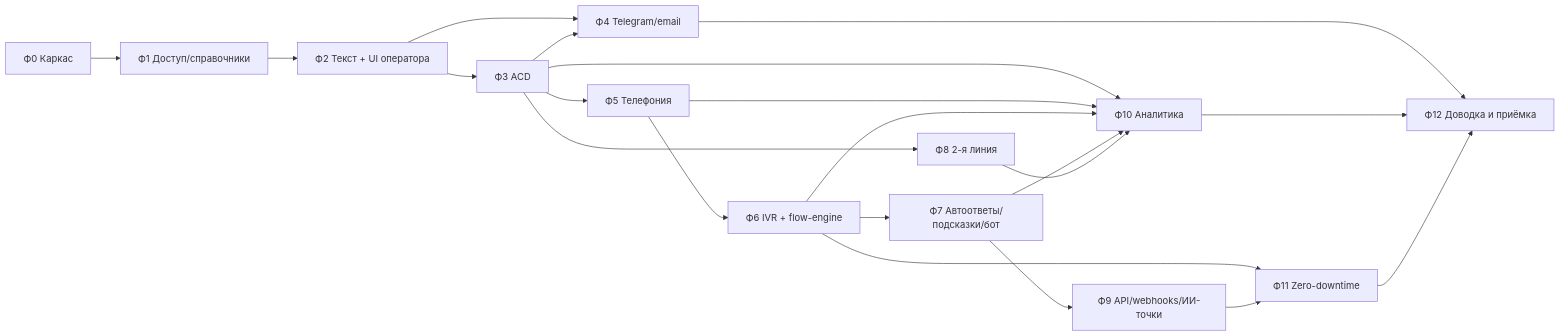
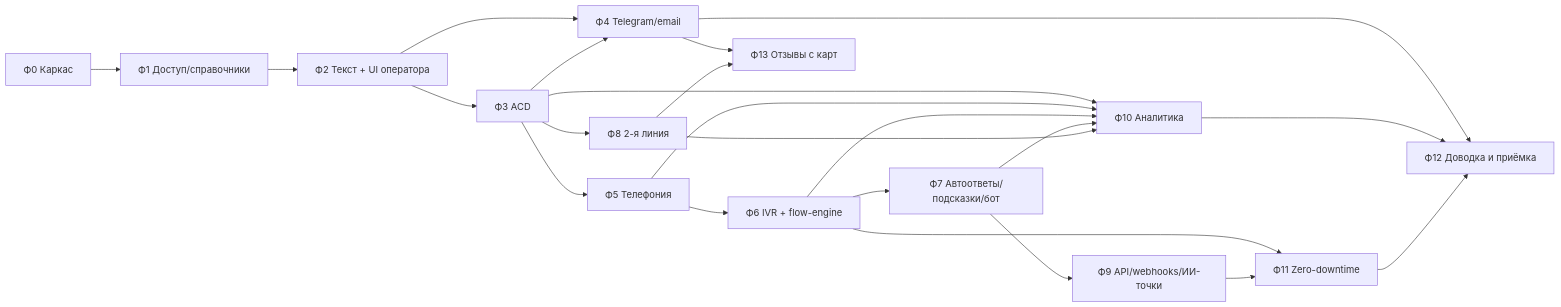
One commit to afedortsovbn-commits/CkaudeGitHub changed the diagram in Контакт-центр/planning/03-план-разработки.md. Above: the diagram before and after it, drawn with Mermaid. The commit also changed other lines of this file and 4 other files, not shown here.

````diff
--- a/Контакт-центр/planning/03-план-разработки.md
+++ b/Контакт-центр/planning/03-план-разработки.md
@@ -40,13 +41,14 @@
 ```mermaid
 flowchart LR
   F0[Ф0 Каркас] --> F1[Ф1 Доступ/справочники] --> F2[Ф2 Текст + UI оператора] --> F3[Ф3 ACD]
   F2 --> F4[Ф4 Telegram/email]
   F3 --> F4
   F3 --> F5[Ф5 Телефония] --> F6[Ф6 IVR + flow-engine]
   F6 --> F7[Ф7 Автоответы/подсказки/бот] --> F9[Ф9 API/webhooks/ИИ-точки]
   F3 --> F8[Ф8 2-я линия]
   F3 & F5 & F6 & F7 & F8 --> F10[Ф10 Аналитика]
   F6 --> F11[Ф11 Zero-downtime]
   F9 --> F11
   F4 & F10 & F11 --> F12[Ф12 Доводка и приёмка]
+  F4 & F8 --> F13[Ф13 Отзывы с карт]
 ```
````
